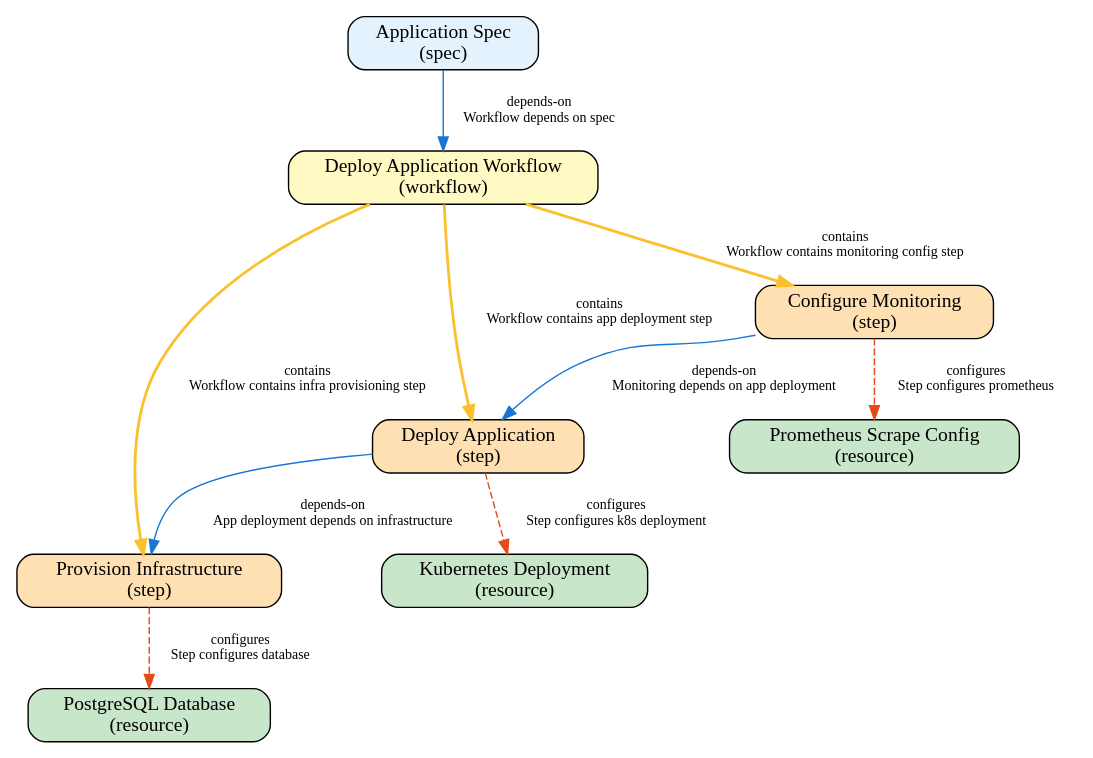
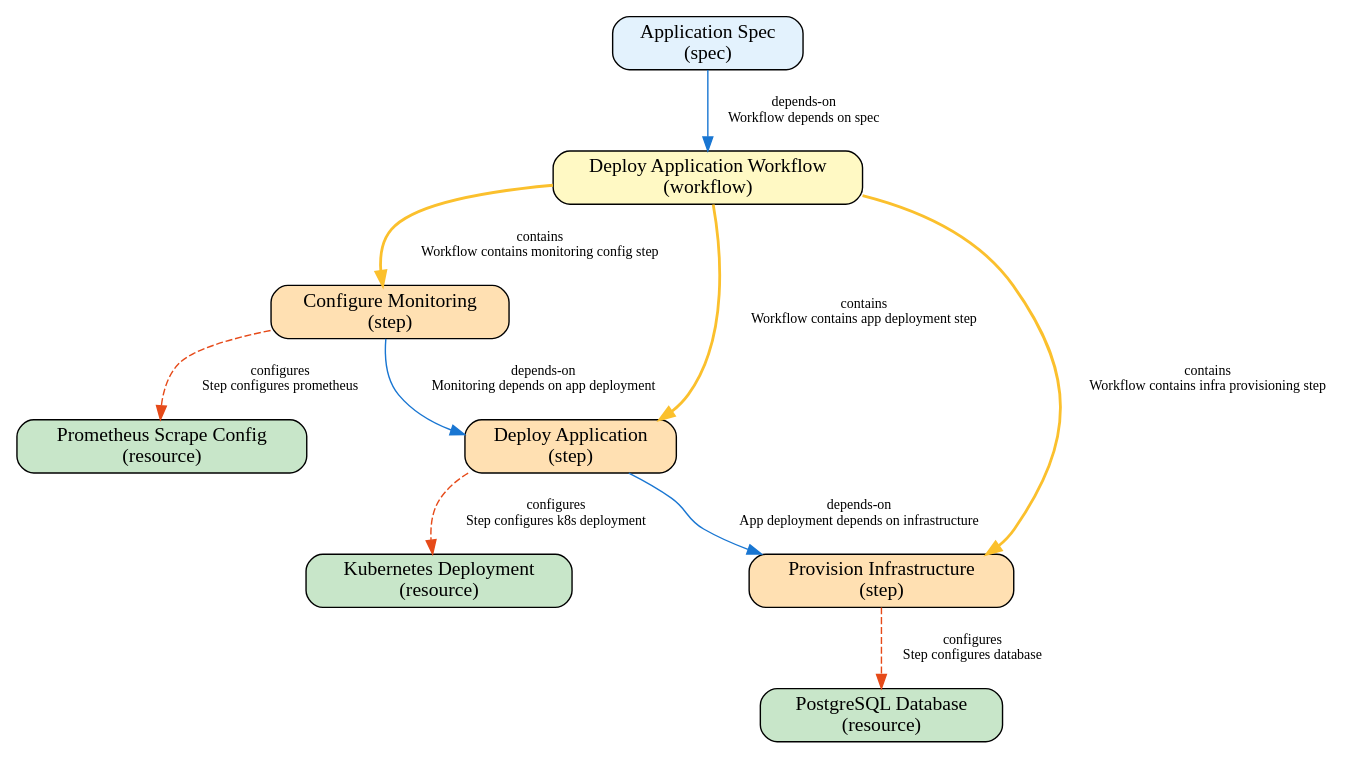
The diagram in examples/demo/demo-graph.dot (philipsahli/innominatus-graph), drawn with Graphviz before and after one commit. The commit also changed other lines of this file and 22 other files, not shown here.

First line of the commit message:
feat: improve graph types, storage, and documentation

```diff
--- a/examples/demo/demo-graph.dot
+++ b/examples/demo/demo-graph.dot
@@ -1,24 +1,24 @@
 digraph "demo-app" {
   rankdir=TB;
   node [shape=box, style=rounded];
   edge [fontsize=10];
 
+  "configure-monitoring-step" [label="Configure Monitoring\n(step)", fillcolor="#FFE0B2", color="black", style="filled,rounded"];
   "postgres-db" [label="PostgreSQL Database\n(resource)", fillcolor="#C8E6C9", color="black", style="filled,rounded"];
   "k8s-deployment" [label="Kubernetes Deployment\n(resource)", fillcolor="#C8E6C9", color="black", style="filled,rounded"];
   "prometheus-scrape" [label="Prometheus Scrape Config\n(resource)", fillcolor="#C8E6C9", color="black", style="filled,rounded"];
   "app-spec" [label="Application Spec\n(spec)", fillcolor="#E3F2FD", color="black", style="filled,rounded"];
   "deploy-workflow" [label="Deploy Application Workflow\n(workflow)", fillcolor="#FFF9C4", color="black", style="filled,rounded"];
   "provision-infra-step" [label="Provision Infrastructure\n(step)", fillcolor="#FFE0B2", color="black", style="filled,rounded"];
   "deploy-app-step" [label="Deploy Application\n(step)", fillcolor="#FFE0B2", color="black", style="filled,rounded"];
-  "configure-monitoring-step" [label="Configure Monitoring\n(step)", fillcolor="#FFE0B2", color="black", style="filled,rounded"];
 
-  "deploy-workflow" -> "deploy-app-step" [label="contains\nWorkflow contains app deployment step", color="#FBC02D", style="bold"];
-  "provision-infra-step" -> "postgres-db" [label="configures\nStep configures database", color="#E64A19", style="dashed"];
-  "deploy-app-step" -> "k8s-deployment" [label="configures\nStep configures k8s deployment", color="#E64A19", style="dashed"];
-  "configure-monitoring-step" -> "prometheus-scrape" [label="configures\nStep configures prometheus", color="#E64A19", style="dashed"];
-  "deploy-workflow" -> "configure-monitoring-step" [label="contains\nWorkflow contains monitoring config step", color="#FBC02D", style="bold"];
-  "deploy-app-step" -> "provision-infra-step" [label="depends-on\nApp deployment depends on infrastructure", color="#1976D2", style="solid"];
-  "configure-monitoring-step" -> "deploy-app-step" [label="depends-on\nMonitoring depends on app deployment", color="#1976D2", style="solid"];
   "app-spec" -> "deploy-workflow" [label="depends-on\nWorkflow depends on spec", color="#1976D2", style="solid"];
   "deploy-workflow" -> "provision-infra-step" [label="contains\nWorkflow contains infra provisioning step", color="#FBC02D", style="bold"];
+  "deploy-workflow" -> "deploy-app-step" [label="contains\nWorkflow contains app deployment step", color="#FBC02D", style="bold"];
+  "deploy-app-step" -> "k8s-deployment" [label="configures\nStep configures k8s deployment", color="#E64A19", style="dashed"];
+  "deploy-app-step" -> "provision-infra-step" [label="depends-on\nApp deployment depends on infrastructure", color="#1976D2", style="solid"];
+  "deploy-workflow" -> "configure-monitoring-step" [label="contains\nWorkflow contains monitoring config step", color="#FBC02D", style="bold"];
+  "provision-infra-step" -> "postgres-db" [label="configures\nStep configures database", color="#E64A19", style="dashed"];
+  "configure-monitoring-step" -> "prometheus-scrape" [label="configures\nStep configures prometheus", color="#E64A19", style="dashed"];
+  "configure-monitoring-step" -> "deploy-app-step" [label="depends-on\nMonitoring depends on app deployment", color="#1976D2", style="solid"];
 }
```
